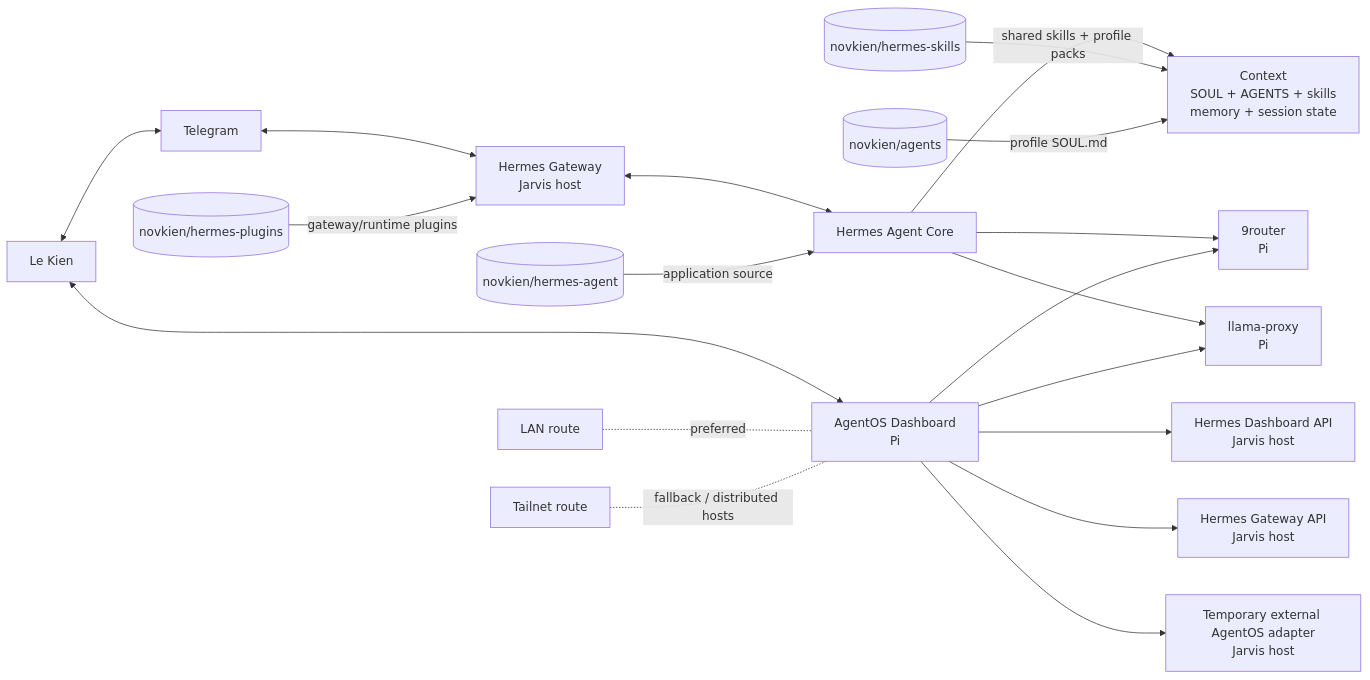
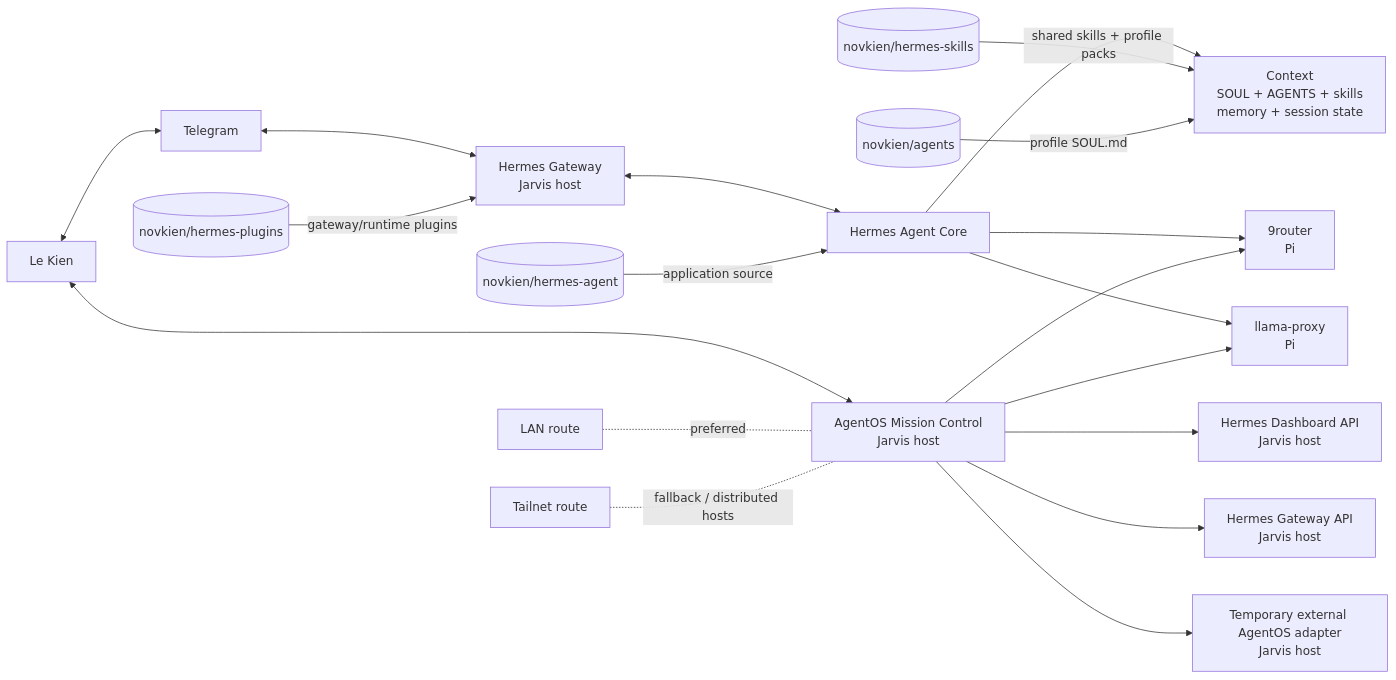
The diagram in AGENTS.md (novkien/hermes-agent), drawn with Mermaid before and after one commit. The commit also changed other lines of this file and 179 other files, not shown here.

Commit message:
feat: integrate complete AgentOS Mission Control source

````diff
--- a/AGENTS.md
+++ b/AGENTS.md
@@ -65,24 +65,24 @@
 ```mermaid
 flowchart LR
     U[Le Kien] <--> TG[Telegram]
     TG <--> GW[Hermes Gateway<br/>Jarvis host]
     GW <--> CORE[Hermes Agent Core]
     CORE --> CTX[Context<br/>SOUL + AGENTS + skills<br/>memory + session state]
     CORE --> R9[9router<br/>Pi]
     CORE --> LP[llama-proxy<br/>Pi]
 
-    U <--> OS[AgentOS Dashboard<br/>Pi]
+    U <--> OS[AgentOS Mission Control<br/>Jarvis host]
     OS --> HD[Hermes Dashboard API<br/>Jarvis host]
     OS --> GA[Hermes Gateway API<br/>Jarvis host]
     OS --> AD[Temporary external AgentOS adapter<br/>Jarvis host]
     OS --> R9
     OS --> LP
 
     GHS[(novkien/hermes-skills)] -->|shared skills + profile packs| CTX
     GHA[(novkien/agents)] -->|profile SOUL.md| CTX
     GHP[(novkien/hermes-plugins)] -->|gateway/runtime plugins| GW
     GHAPP[(novkien/hermes-agent)] -->|application source| CORE
 
     LAN[LAN route] -. preferred .- OS
     TS[Tailnet route] -. fallback / distributed hosts .- OS
 ```
````
